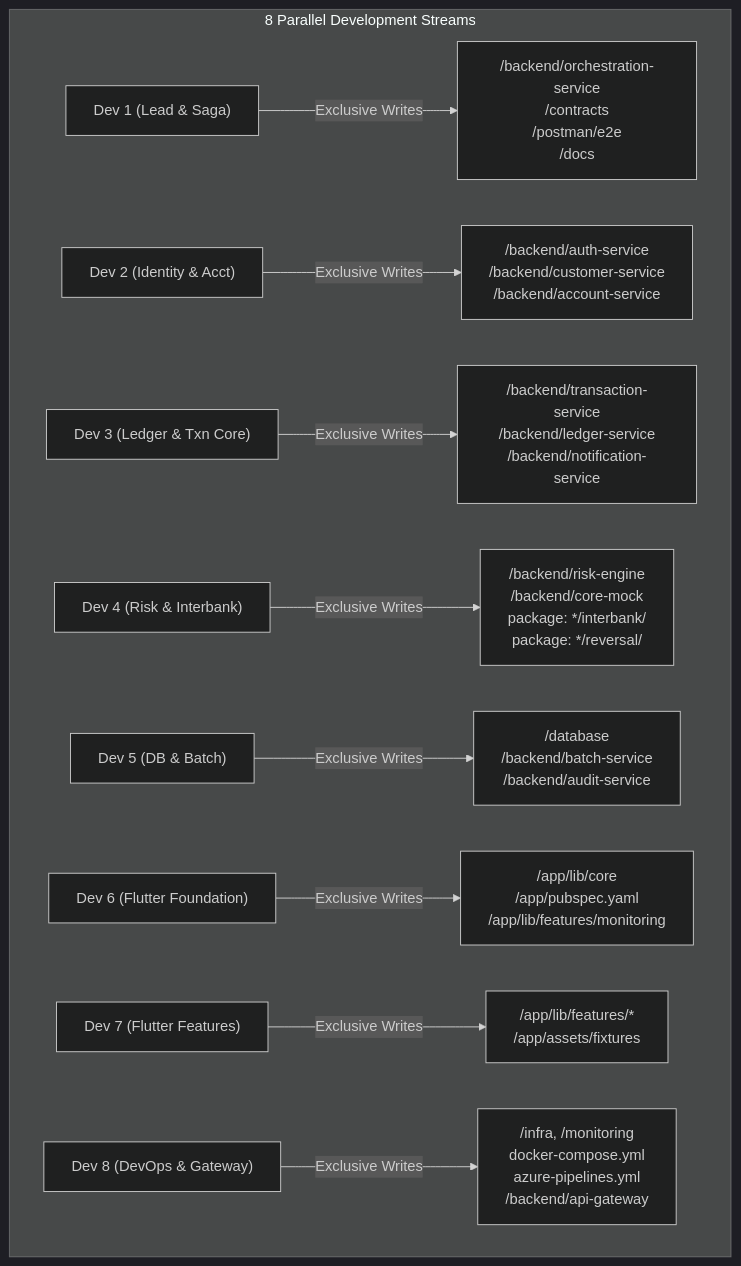
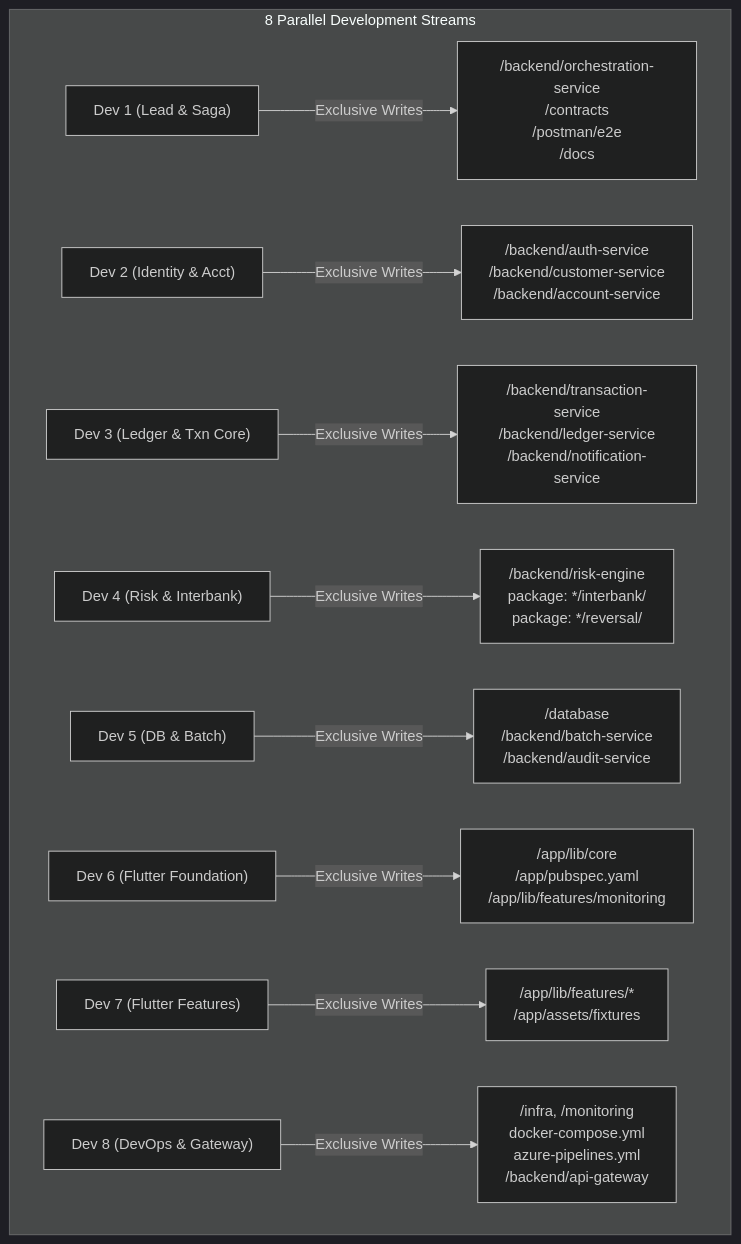
The diagram in integrated-capstone-plans/DAY_BY_DAY_PARALLEL_EXECUTION_ROADMAP.md (Sole248k/CooBS), drawn with Mermaid (dark theme) before and after one commit. The commit also changed other lines of this file and 13 other files, not shown here.

First line of the commit message:
chore(backend): remove out-of-scope core-mock module

````diff
--- a/integrated-capstone-plans/DAY_BY_DAY_PARALLEL_EXECUTION_ROADMAP.md
+++ b/integrated-capstone-plans/DAY_BY_DAY_PARALLEL_EXECUTION_ROADMAP.md
@@ -34,13 +34,13 @@
 ```mermaid
 graph TD
     subgraph DevTeam ["8 Parallel Development Streams"]
         D1["Dev 1 (Lead & Saga)"] -->|Exclusive Writes| S1["/backend/orchestration-service<br>/contracts<br>/postman/e2e<br>/docs"]
         D2["Dev 2 (Identity & Acct)"] -->|Exclusive Writes| S2["/backend/auth-service<br>/backend/customer-service<br>/backend/account-service"]
         D3["Dev 3 (Ledger & Txn Core)"] -->|Exclusive Writes| S3["/backend/transaction-service<br>/backend/ledger-service<br>/backend/notification-service"]
-        D4["Dev 4 (Risk & Interbank)"] -->|Exclusive Writes| S4["/backend/risk-engine<br>/backend/core-mock<br>package: */interbank/<br>package: */reversal/"]
+        D4["Dev 4 (Risk & Interbank)"] -->|Exclusive Writes| S4["/backend/risk-engine<br>package: */interbank/<br>package: */reversal/"]
         D5["Dev 5 (DB & Batch)"] -->|Exclusive Writes| S5["/database<br>/backend/batch-service<br>/backend/audit-service"]
         D6["Dev 6 (Flutter Foundation)"] -->|Exclusive Writes| S6["/app/lib/core<br>/app/pubspec.yaml<br>/app/lib/features/monitoring"]
         D7["Dev 7 (Flutter Features)"] -->|Exclusive Writes| S7["/app/lib/features/*<br>/app/assets/fixtures"]
         D8["Dev 8 (DevOps & Gateway)"] -->|Exclusive Writes| S8["/infra, /monitoring<br>docker-compose.yml<br>azure-pipelines.yml<br>/backend/api-gateway"]
     end
 ```
````
